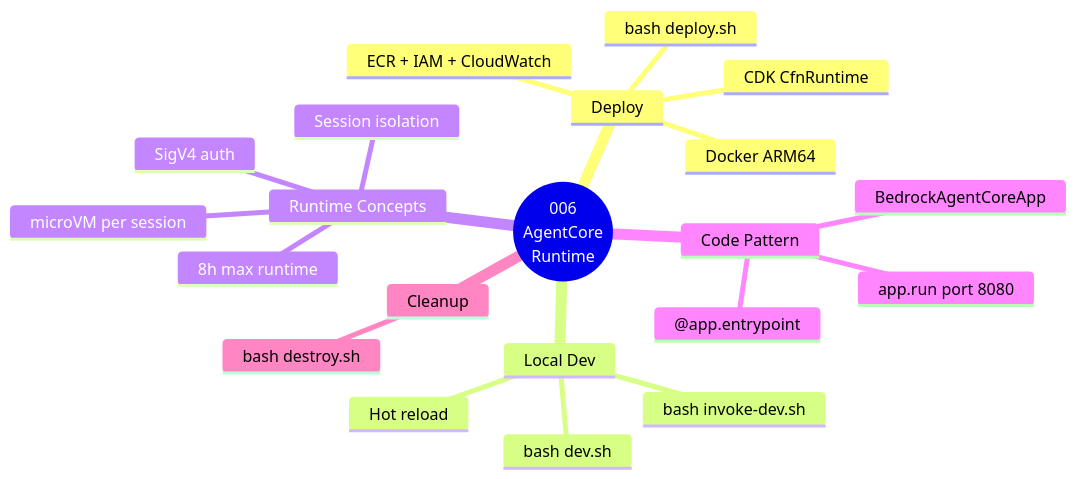
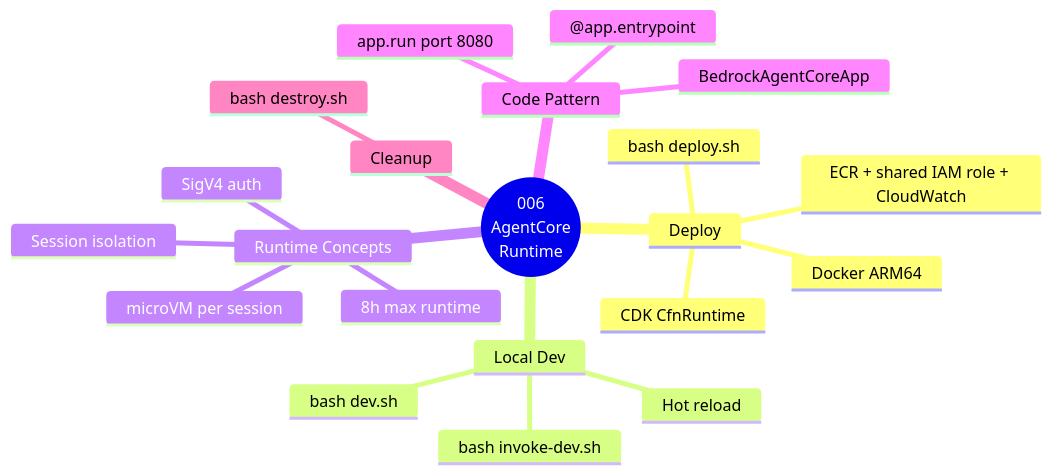
The third of 3 diagrams in 01-runtime/006-agent-on-agentcore-runtime/README.md (anveshmuppeda/agents-on-aws), drawn with Mermaid before and after one commit. The commit also changed other lines of this file and 38 other files, not shown here.

````diff
--- a/01-runtime/006-agent-on-agentcore-runtime/README.md
+++ b/01-runtime/006-agent-on-agentcore-runtime/README.md
@@ -73,26 +73,26 @@
 ```mermaid
 mindmap
   root((006
 AgentCore
 Runtime))
     Deploy
       bash deploy.sh
       CDK CfnRuntime
       Docker ARM64
-      ECR + IAM + CloudWatch
+      ECR + shared IAM role + CloudWatch
     Local Dev
       bash dev.sh
       Hot reload
       bash invoke-dev.sh
     Runtime Concepts
       microVM per session
       8h max runtime
       SigV4 auth
       Session isolation
     Code Pattern
       BedrockAgentCoreApp
       @app.entrypoint
       app.run port 8080
     Cleanup
       bash destroy.sh
 ```
````
